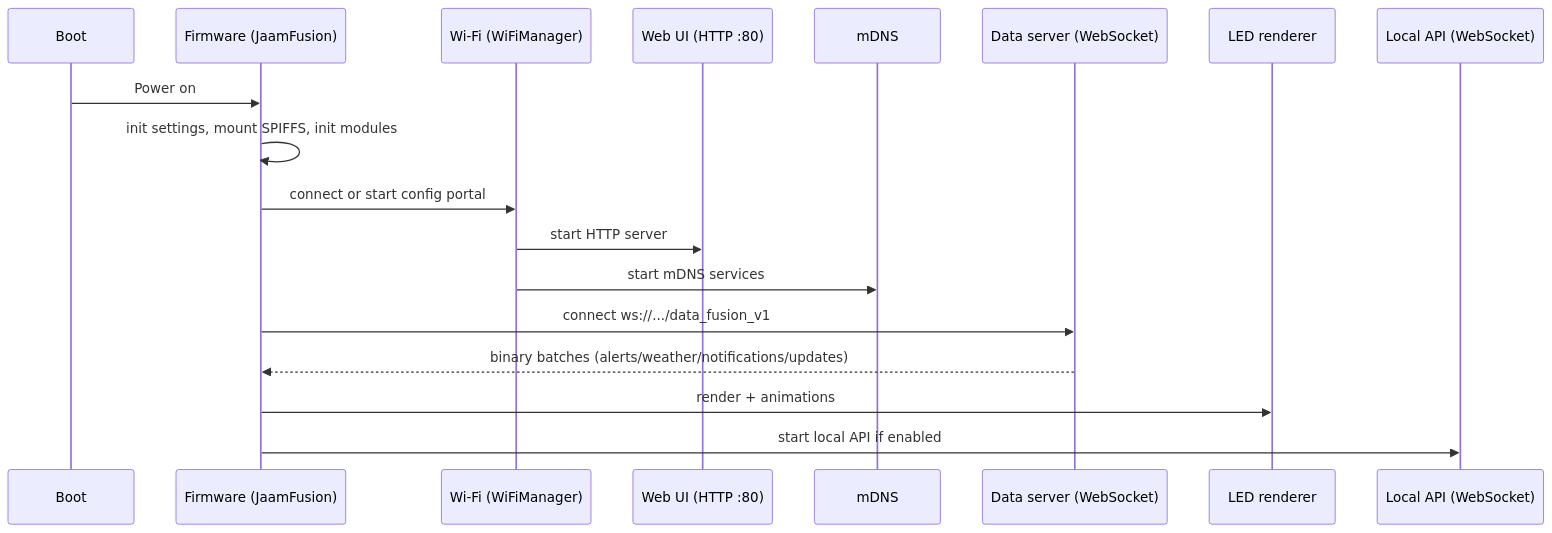
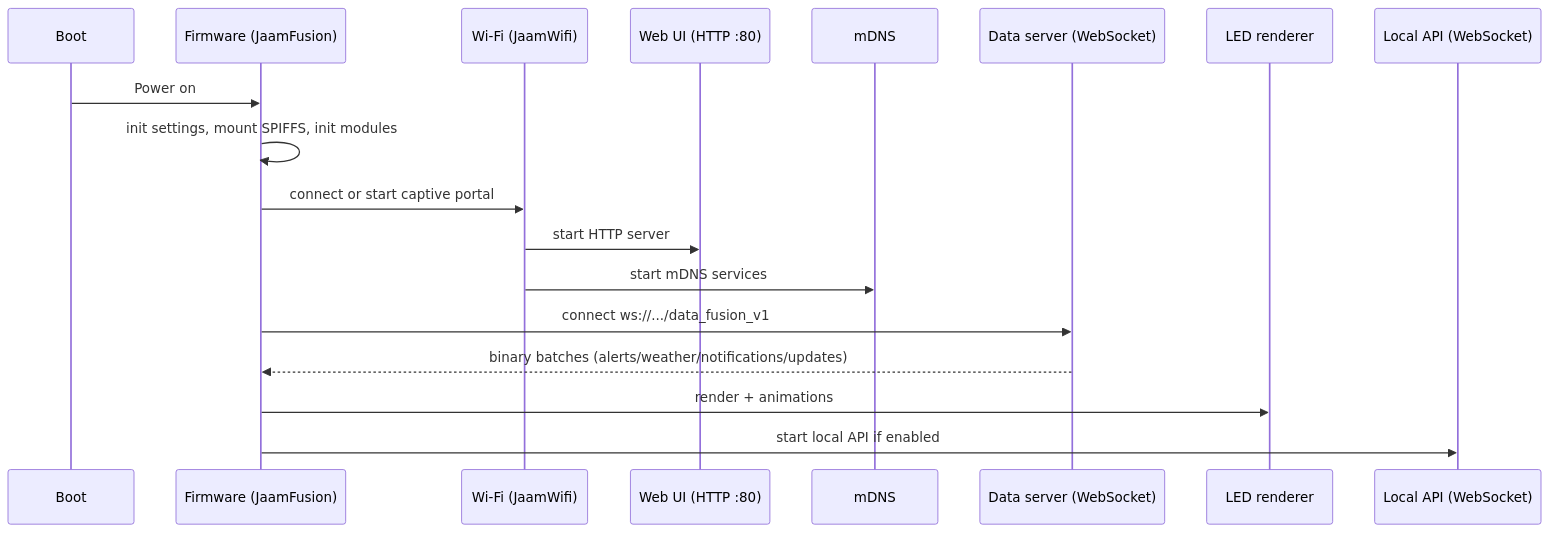
The third of 3 diagrams in wiki/development/architecture.md (J-A-A-M/jaam_fusion), drawn with Mermaid before and after one commit. The commit also changed other lines of this file and 17 other files, not shown here.

First line of the commit message:
feat: replace WiFiManager with custom JaamWifi multi-network manager

````diff
--- a/wiki/development/architecture.md
+++ b/wiki/development/architecture.md
@@ -239,21 +239,21 @@
 ```mermaid
 sequenceDiagram
         participant Boot as Boot
         participant FW as Firmware (JaamFusion)
-        participant WiFi as Wi-Fi (WiFiManager)
+        participant WiFi as Wi-Fi (JaamWifi)
         participant Web as Web UI (HTTP :80)
         participant MDNS as mDNS
         participant DS as Data server (WebSocket)
         participant LED as LED renderer
         participant API as Local API (WebSocket)
 
         Boot->>FW: Power on
         FW->>FW: init settings, mount SPIFFS, init modules
-        FW->>WiFi: connect or start config portal
+        FW->>WiFi: connect or start captive portal
         WiFi->>Web: start HTTP server
         WiFi->>MDNS: start mDNS services
         FW->>DS: connect ws://.../data_fusion_v1
         DS-->>FW: binary batches (alerts/weather/notifications/updates)
         FW->>LED: render + animations
         FW->>API: start local API if enabled
 ```
````
